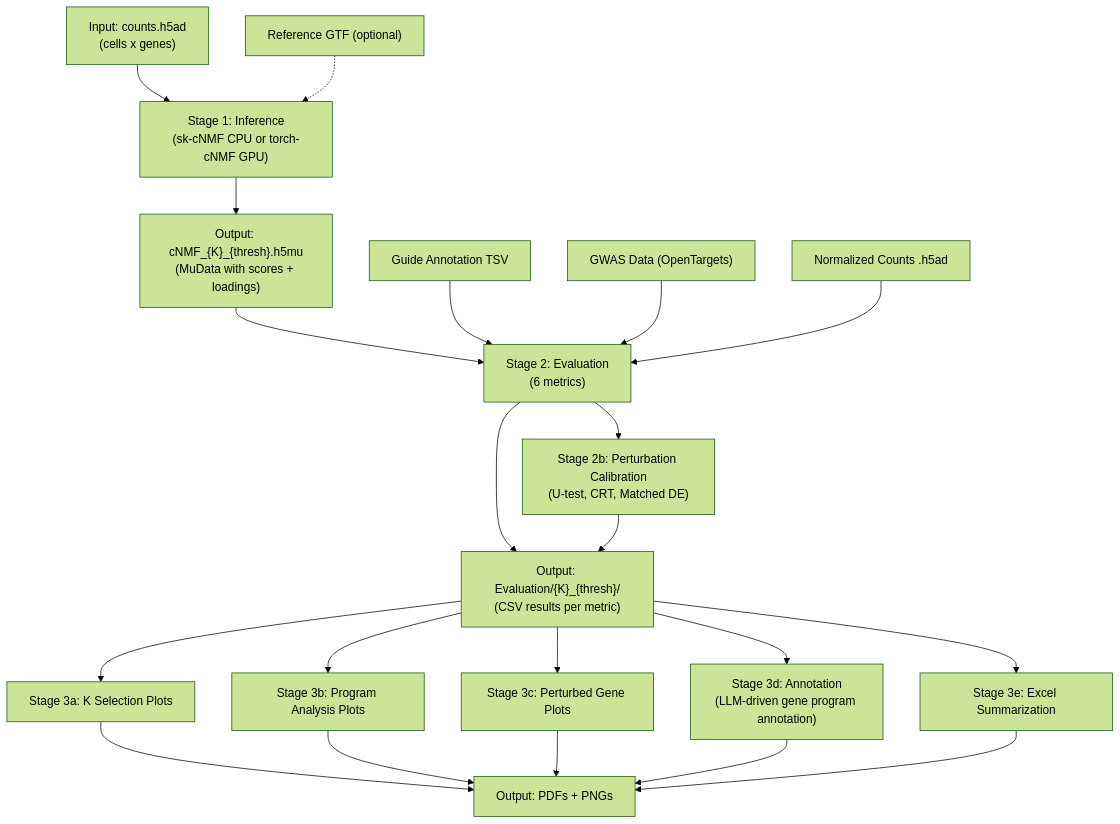
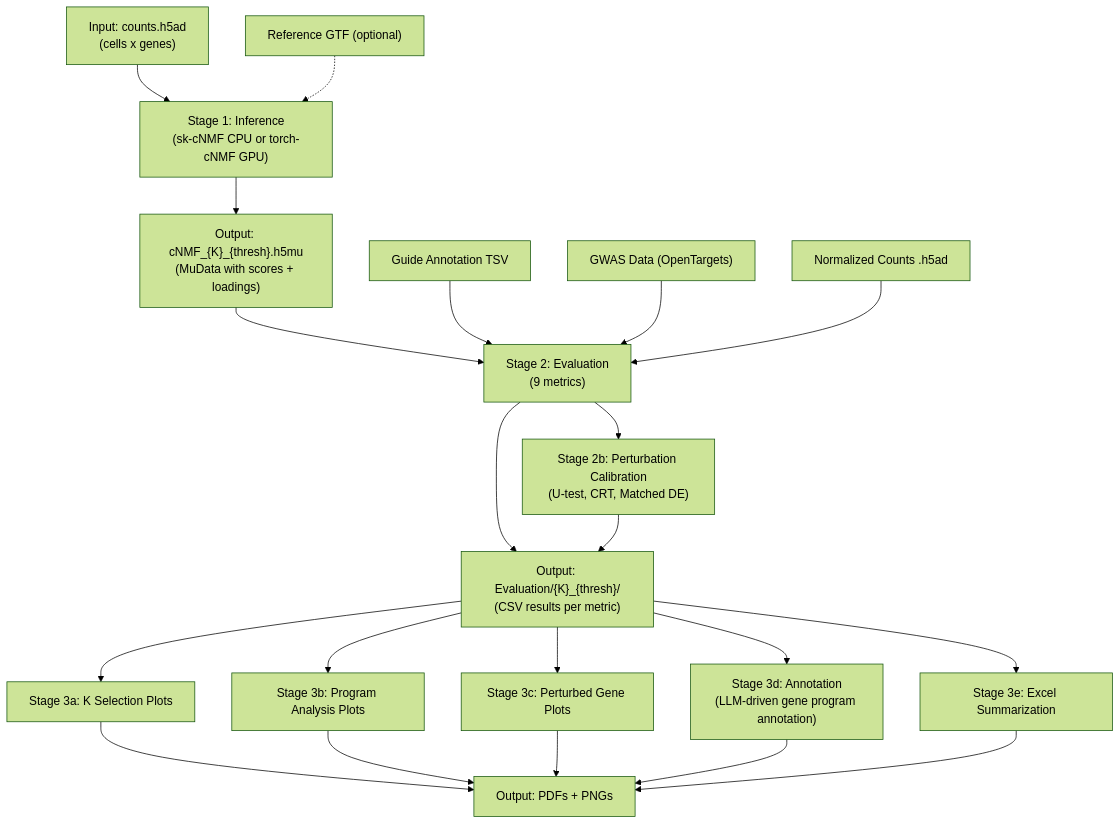
One commit to EngreitzLab/PerturbNMF changed the diagram in README.md. Above: the diagram before and after it, drawn with Mermaid (forest theme). The commit also changed other lines of this file, not shown here.

Commit message:
Add links to component READMEs for each pipeline stage

````diff
--- a/README.md
+++ b/README.md
@@ -3,23 +3,23 @@
 ```mermaid
 flowchart TD
     A["Input: counts.h5ad\n(cells x genes)"] --> B["Stage 1: Inference\n(sk-cNMF CPU or torch-cNMF GPU)"]
     B --> D["Output: cNMF_{K}_{thresh}.h5mu\n(MuData with scores + loadings)"]
-    D --> E["Stage 2: Evaluation\n(6 metrics)"]
+    D --> E["Stage 2: Evaluation\n(9 metrics)"]
     E --> F["Output: Evaluation/{K}_{thresh}/\n(CSV results per metric)"]
     E --> G["Stage 2b: Perturbation Calibration\n(U-test, CRT, Matched DE)"]
     G --> F
     F --> I["Stage 3a: K Selection Plots"]
     F --> J["Stage 3b: Program Analysis Plots"]
     F --> K["Stage 3c: Perturbed Gene Plots"]
     I --> L["Output: PDFs + PNGs"]
     J --> L
     K --> L
     F --> Q["Stage 3d: Annotation\n(LLM-driven gene program annotation)"]
     Q --> L
     F --> S["Stage 3e: Excel Summarization"]
     S --> L
     M["Guide Annotation TSV"] --> E
     N["GWAS Data (OpenTargets)"] --> E
     O["Normalized Counts .h5ad"] --> E
     P["Reference GTF (optional)"] -.-> B
 ```
````
